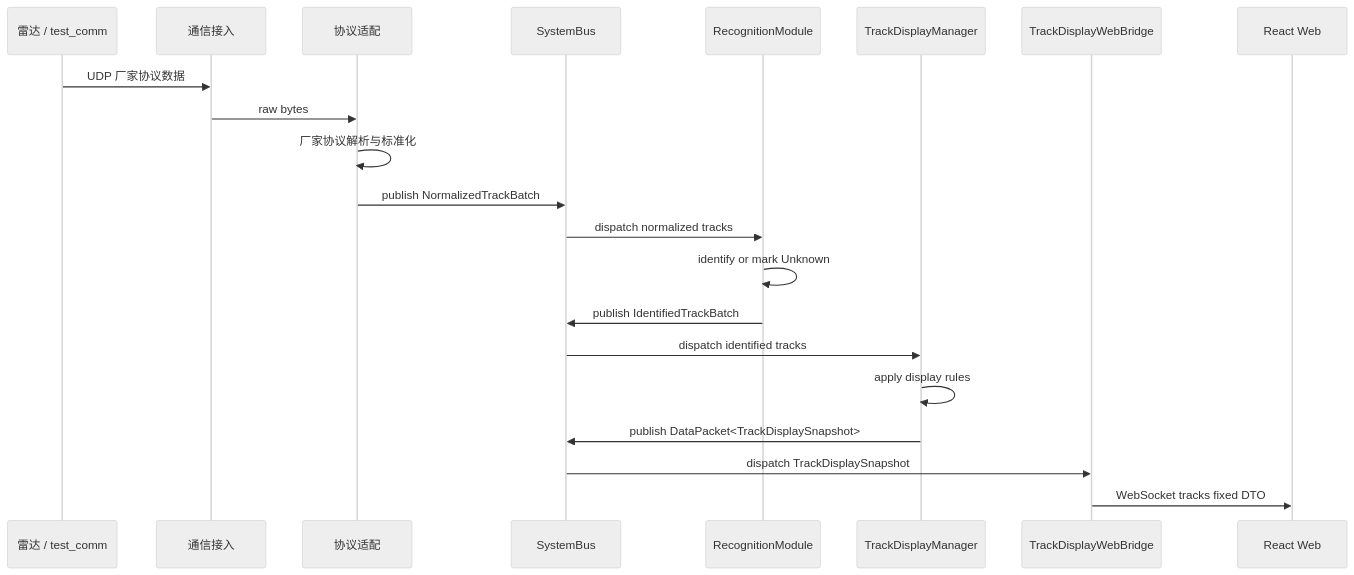
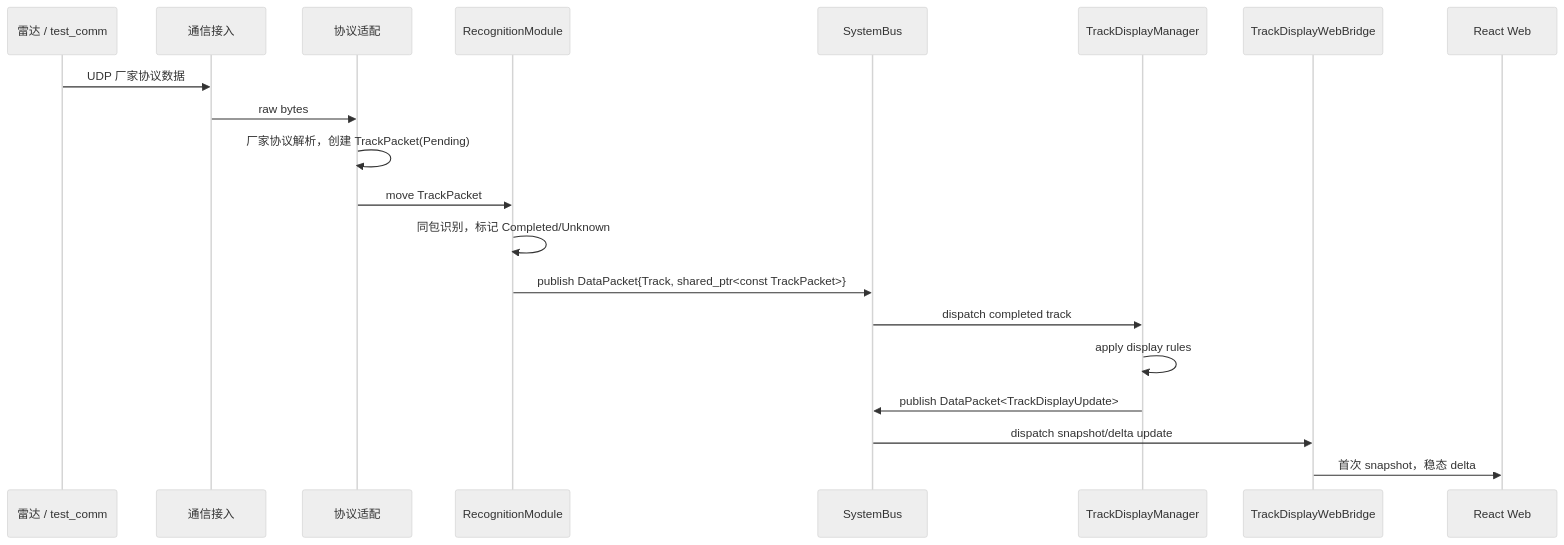
Before and after one commit to YoungL524/newAnti_arch: the first of 7 diagrams in doc/architecture/05-核心流程.md, drawn with Mermaid (neutral theme). The commit also changed other lines of this file and 149 other files, not shown here.

````diff
--- a/doc/architecture/05-核心流程.md
+++ b/doc/architecture/05-核心流程.md
@@ -8,24 +8,23 @@
 ```mermaid
 sequenceDiagram
     participant Radar as 雷达 / test_comm
     participant Comm as 通信接入
     participant Adapter as 协议适配
+    participant Recognition as RecognitionModule
     participant Bus as SystemBus
-    participant Recognition as RecognitionModule
     participant Track as TrackDisplayManager
     participant WebBridge as TrackDisplayWebBridge
     participant UI as React Web
 
     Radar->>Comm: UDP 厂家协议数据
     Comm->>Adapter: raw bytes
-    Adapter->>Adapter: 厂家协议解析与标准化
-    Adapter->>Bus: publish NormalizedTrackBatch
-    Bus->>Recognition: dispatch normalized tracks
-    Recognition->>Recognition: identify or mark Unknown
-    Recognition->>Bus: publish IdentifiedTrackBatch
-    Bus->>Track: dispatch identified tracks
+    Adapter->>Adapter: 厂家协议解析，创建 TrackPacket(Pending)
+    Adapter->>Recognition: move TrackPacket
+    Recognition->>Recognition: 同包识别，标记 Completed/Unknown
+    Recognition->>Bus: publish DataPacket{Track, shared_ptr<const TrackPacket>}
+    Bus->>Track: dispatch completed track
     Track->>Track: apply display rules
-    Track->>Bus: publish DataPacket<TrackDisplaySnapshot>
-    Bus->>WebBridge: dispatch TrackDisplaySnapshot
-    WebBridge->>UI: WebSocket tracks fixed DTO
+    Track->>Bus: publish DataPacket<TrackDisplayUpdate>
+    Bus->>WebBridge: dispatch snapshot/delta update
+    WebBridge->>UI: 首次 snapshot，稳态 delta
 ```
````
